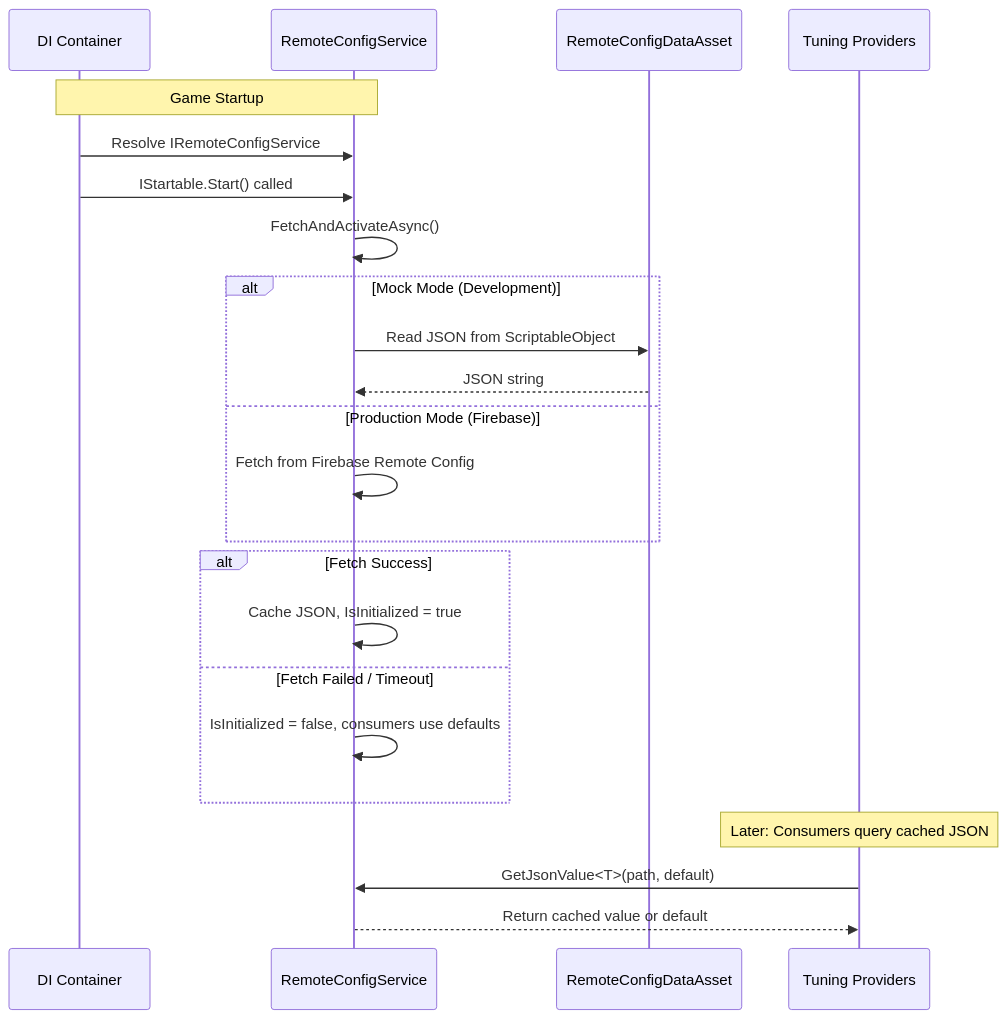
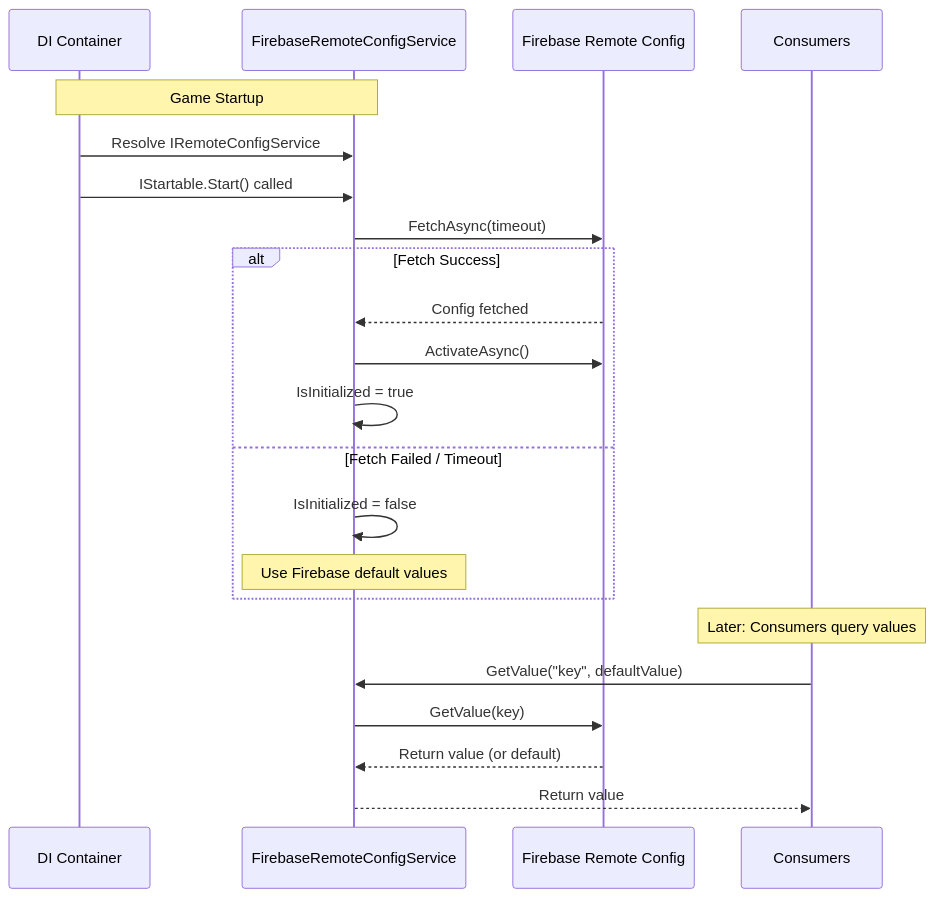
The second of 2 diagrams in .cursor/plans/remote_config_system_f24d3bee.plan.md (Jonsi/Knife-Toss), drawn with Mermaid before and after one commit. The commit also changed other lines of this file and 109 other files, not shown here.

First line of the commit message:
remote config

````diff
--- a/.cursor/plans/remote_config_system_f24d3bee.plan.md
+++ b/.cursor/plans/remote_config_system_f24d3bee.plan.md
@@ -73,30 +117,28 @@
 ```mermaid
 sequenceDiagram
     participant DI as DI Container
-    participant Service as RemoteConfigService
-    participant Asset as RemoteConfigDataAsset
-    participant Consumers as Tuning Providers
+    participant Service as FirebaseRemoteConfigService
+    participant Firebase as Firebase Remote Config
+    participant Consumers as Consumers
     
     Note over DI,Service: Game Startup
     DI->>Service: Resolve IRemoteConfigService
     DI->>Service: IStartable.Start() called
     
-    Service->>Service: FetchAndActivateAsync()
+    Service->>Firebase: FetchAsync(timeout)
     
-    alt Mock Mode (Development)
-        Service->>Asset: Read JSON from ScriptableObject
-        Asset-->>Service: JSON string
-    else Production Mode (Firebase)
-        Service->>Service: Fetch from Firebase Remote Config
+    alt Fetch Success
+        Firebase-->>Service: Config fetched
+        Service->>Firebase: ActivateAsync()
+        Service->>Service: IsInitialized = true
+    else Fetch Failed / Timeout
+        Service->>Service: IsInitialized = false
+        Note over Service: Use Firebase default values
     end
     
-    alt Fetch Success
-        Service->>Service: Cache JSON, IsInitialized = true
-    else Fetch Failed / Timeout
-        Service->>Service: IsInitialized = false, consumers use defaults
-    end
-    
-    Note over Consumers: Later: Consumers query cached JSON
-    Consumers->>Service: GetJsonValue<T>(path, default)
-    Service-->>Consumers: Return cached value or default
+    Note over Consumers: Later: Consumers query values
+    Consumers->>Service: GetValue("key", defaultValue)
+    Service->>Firebase: GetValue(key)
+    Firebase-->>Service: Return value (or default)
+    Service-->>Consumers: Return value
 ```
````
